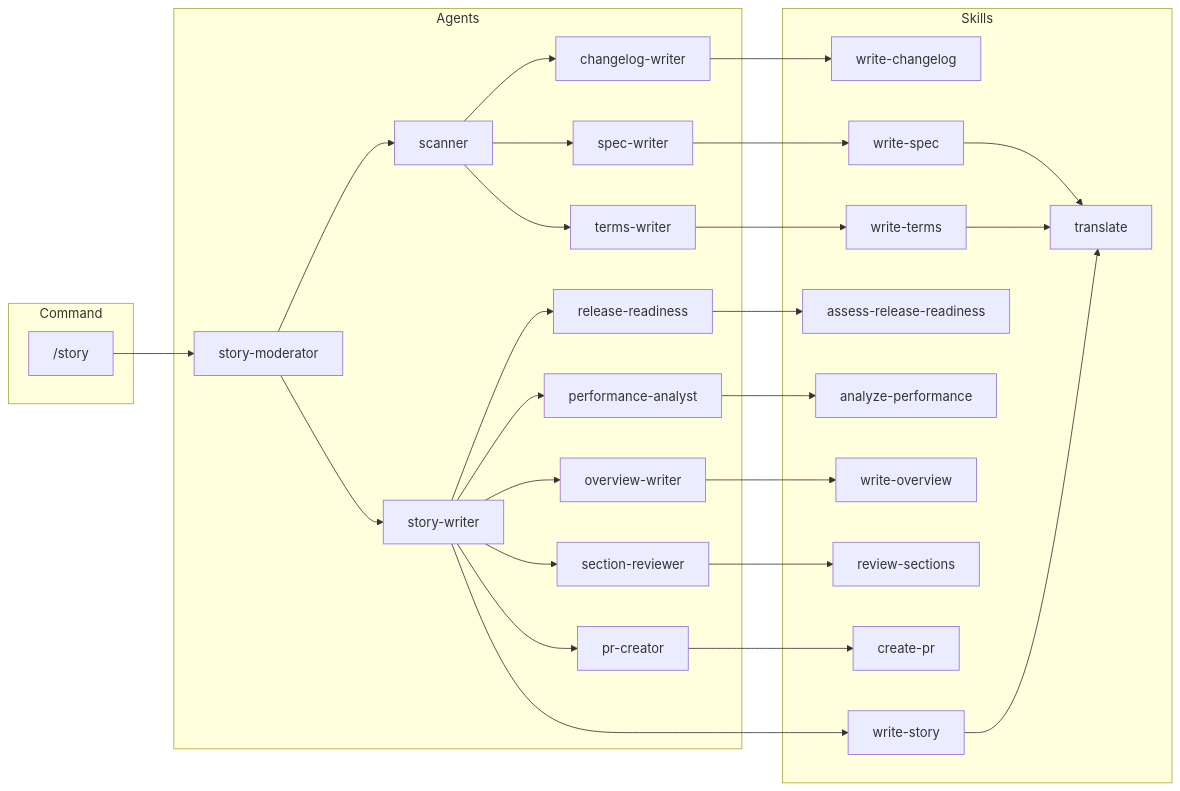
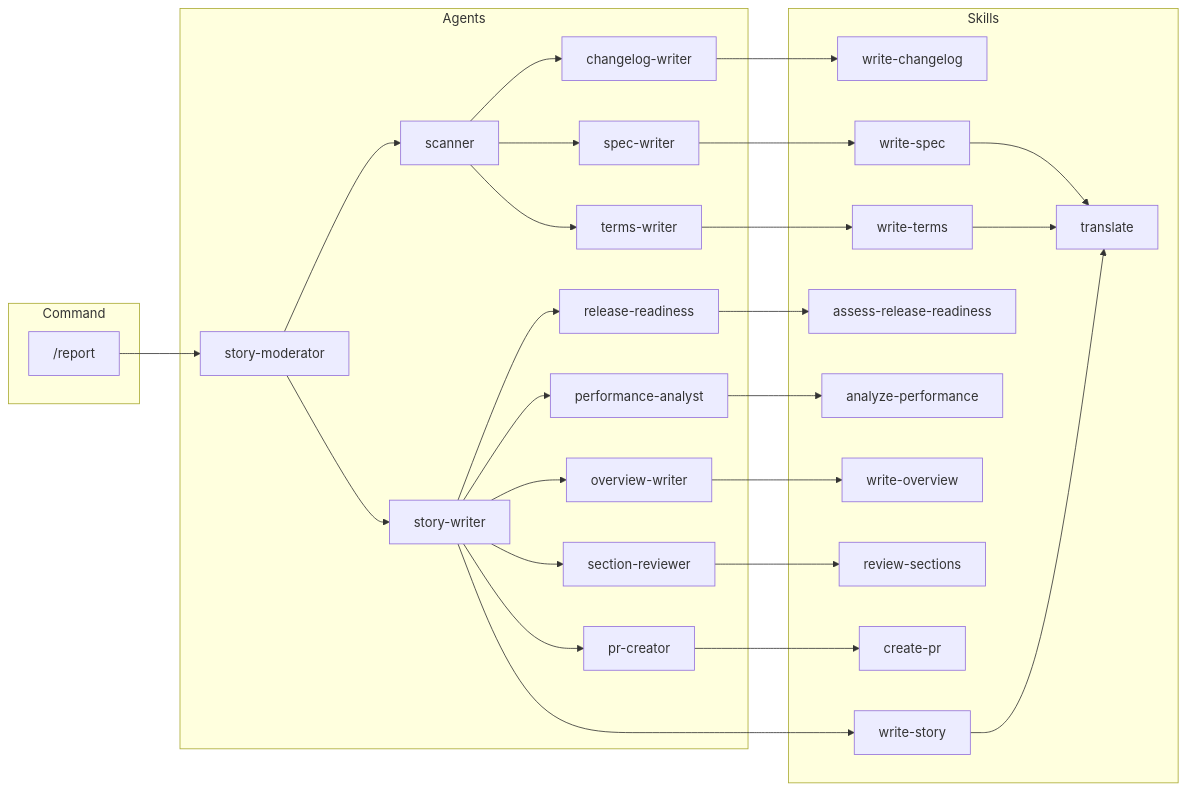
Before and after one commit to qmu/workaholic: the fourth of 6 diagrams in .workaholic/specs/architecture.md, drawn with Mermaid. The commit also changed other lines of this file, not shown here.

First line of the commit message:
Update /story to /report in architecture.md

````diff
--- a/.workaholic/specs/architecture.md
+++ b/.workaholic/specs/architecture.md
@@ -267,55 +267,55 @@
 ```mermaid
 flowchart LR
     subgraph Command
-        story["/story"]
+        report["/report"]
     end
 
     subgraph Agents
         sm[story-moderator]
         sc[scanner]
         sw[story-writer]
         cw[changelog-writer]
         spw[spec-writer]
         tw[terms-writer]
         rr[release-readiness]
         pa[performance-analyst]
         ow[overview-writer]
         sr[section-reviewer]
         pc[pr-creator]
     end
 
     subgraph Skills
         ws[write-story]
         wc[write-changelog]
         wsp[write-spec]
         wt[write-terms]
         arr[assess-release-readiness]
         ap[analyze-performance]
         wo[write-overview]
         rs[review-sections]
         tr[translate]
         cp[create-pr]
     end
 
-    story --> sm
+    report --> sm
 
     sm --> sc & sw
 
     sc --> cw & spw & tw
     sw --> rr & pa & ow & sr & pc
 
     cw --> wc
     spw --> wsp
     tw --> wt
     rr --> arr
     pa --> ap
     ow --> wo
     sr --> rs
     sw --> ws
     pc --> cp
 
     %% Skill-to-skill
     ws --> tr
     wsp --> tr
     wt --> tr
 ```
````
